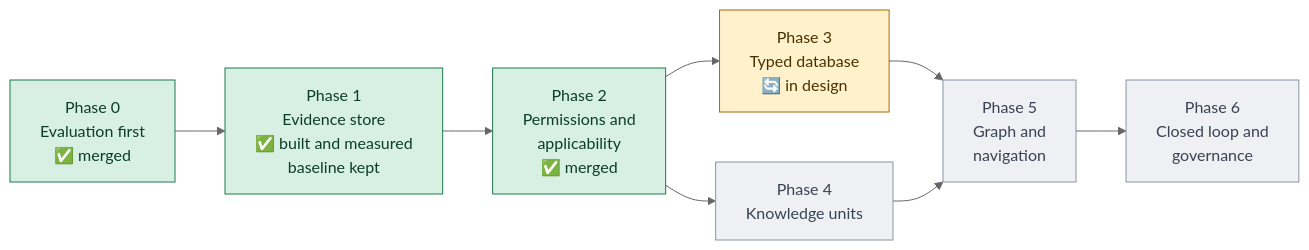
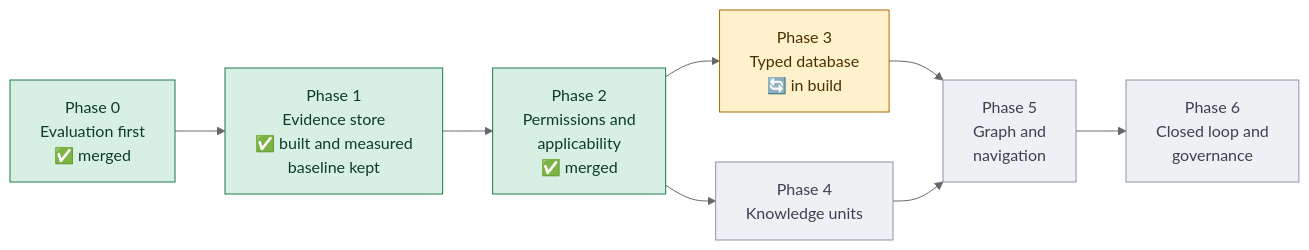
Before and after one commit to GaryTang32/agent-data-retrieval: the diagram in README.md, drawn with Mermaid (neutral theme). The commit also changed other lines of this file and 1 other file, not shown here.

First line of the commit message:
Status: Phase 3 in build, 8 of 12 tasks done, Q1 and probe results

````diff
--- a/README.md
+++ b/README.md
@@ -45,20 +45,20 @@
 ```mermaid
 flowchart LR
     P0["Phase 0<br/>Evaluation first<br/>✅ merged"]
     P1["Phase 1<br/>Evidence store<br/>✅ built and measured<br/>baseline kept"]
     P2["Phase 2<br/>Permissions and<br/>applicability<br/>✅ merged"]
-    P3["Phase 3<br/>Typed database<br/>🔄 in design"]
+    P3["Phase 3<br/>Typed database<br/>🔄 in build"]
     P4["Phase 4<br/>Knowledge units"]
     P5["Phase 5<br/>Graph and<br/>navigation"]
     P6["Phase 6<br/>Closed loop and<br/>governance"]
     P0 --> P1 --> P2
     P2 --> P3 --> P5
     P2 --> P4 --> P5
     P5 --> P6
     classDef done fill:#d8f0e3,stroke:#1d7a4f,color:#0b3d27
     classDef active fill:#fff1cc,stroke:#a86b00,color:#4a3000
     classDef todo fill:#eef0f4,stroke:#8a93a6,color:#3a4152
     class P0,P1,P2 done
     class P3 active
     class P4,P5,P6 todo
 ```
````
